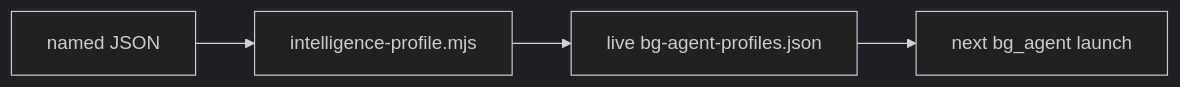
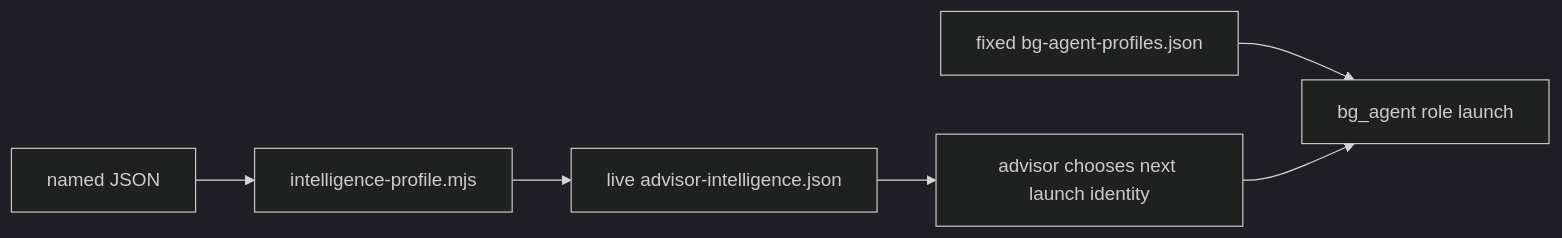
The second of 3 diagrams in README.md (nourhelmi/pi-meta-harness), drawn with Mermaid before and after one commit. The commit also changed other lines of this file and 23 other files, not shown here.

Commit message:
feat(advisor): split role config from intelligence guidance

````diff
--- a/README.md
+++ b/README.md
@@ -147,10 +152,12 @@
 ```mermaid
 ---
 config:
   theme: dark
 ---
 flowchart LR
   named["named JSON"] --> switcher["intelligence-profile.mjs"]
-  switcher --> live["live bg-agent-profiles.json"]
-  live --> launches["next bg_agent launch"]
+  switcher --> live["live advisor-intelligence.json"]
+  live --> advisor["advisor chooses next launch identity"]
+  roles["fixed bg-agent-profiles.json"] --> launches["bg_agent role launch"]
+  advisor --> launches
 ```
````
